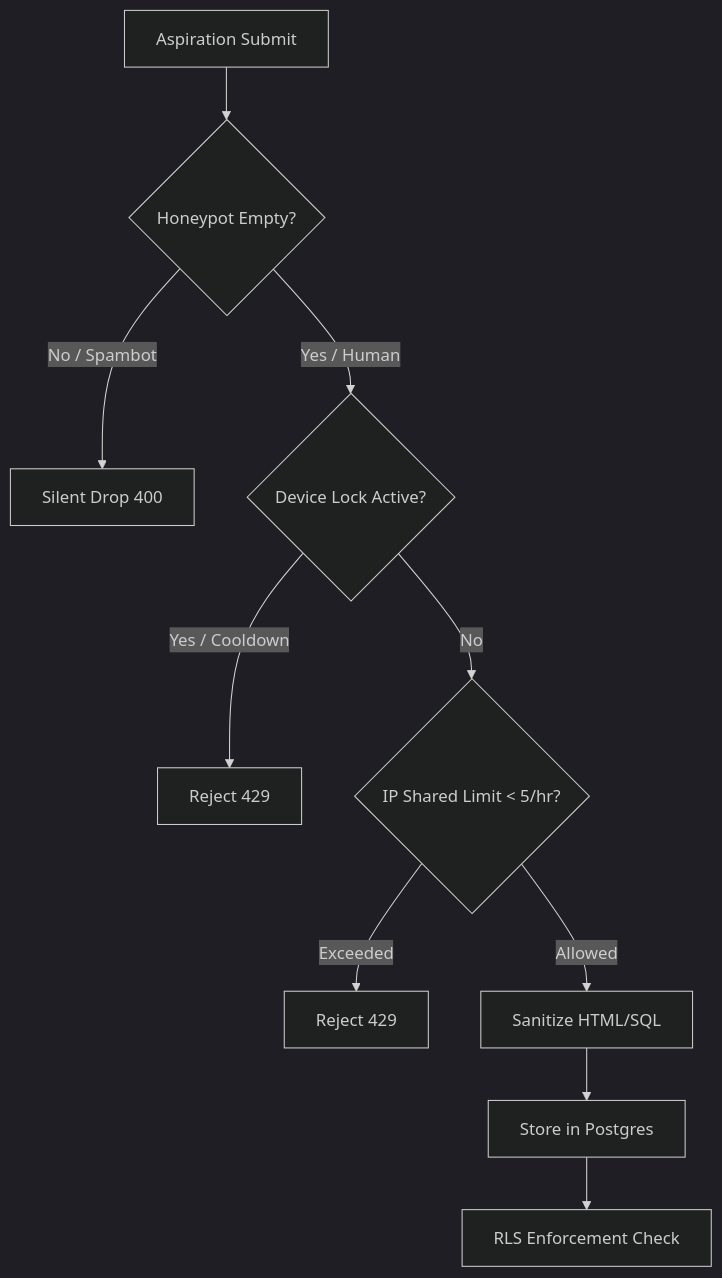
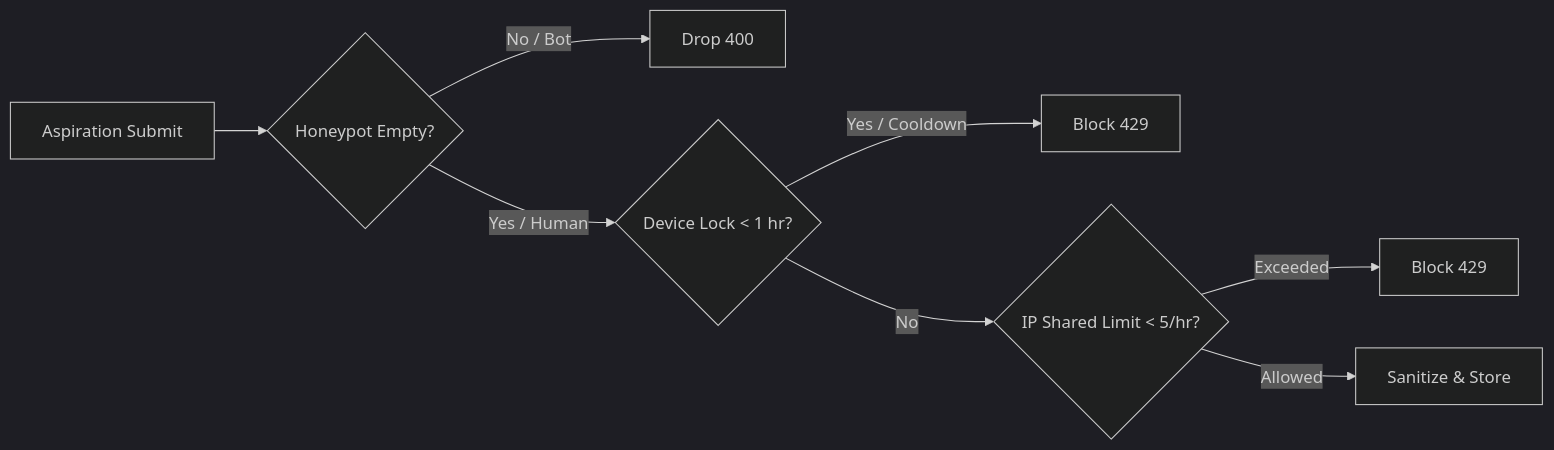
One commit to Riz6ix/MPK changed the second of 2 diagrams in README.md. Above: the diagram before and after it, drawn with Mermaid (dark theme). The commit also changed other lines of this file and 2 other files, not shown here.

````diff
--- a/README.md
+++ b/README.md
@@ -80,12 +66,10 @@
 ```mermaid
-flowchart TD
+flowchart LR
     A[Aspiration Submit] --> B{Honeypot Empty?}
-    B -- No / Spambot --> C[Silent Drop 400]
-    B -- Yes / Human --> D{Device Lock Active?}
-    D -- Yes / Cooldown --> E[Reject 429]
+    B -- No / Bot --> C[Drop 400]
+    B -- Yes / Human --> D{Device Lock < 1 hr?}
+    D -- Yes / Cooldown --> E[Block 429]
     D -- No --> F{IP Shared Limit < 5/hr?}
-    F -- Exceeded --> G[Reject 429]
-    F -- Allowed --> H[Sanitize HTML/SQL]
-    H --> I[Store in Postgres]
-    I --> J[RLS Enforcement Check]
+    F -- Exceeded --> G[Block 429]
+    F -- Allowed --> H[Sanitize & Store]
 ```
````
